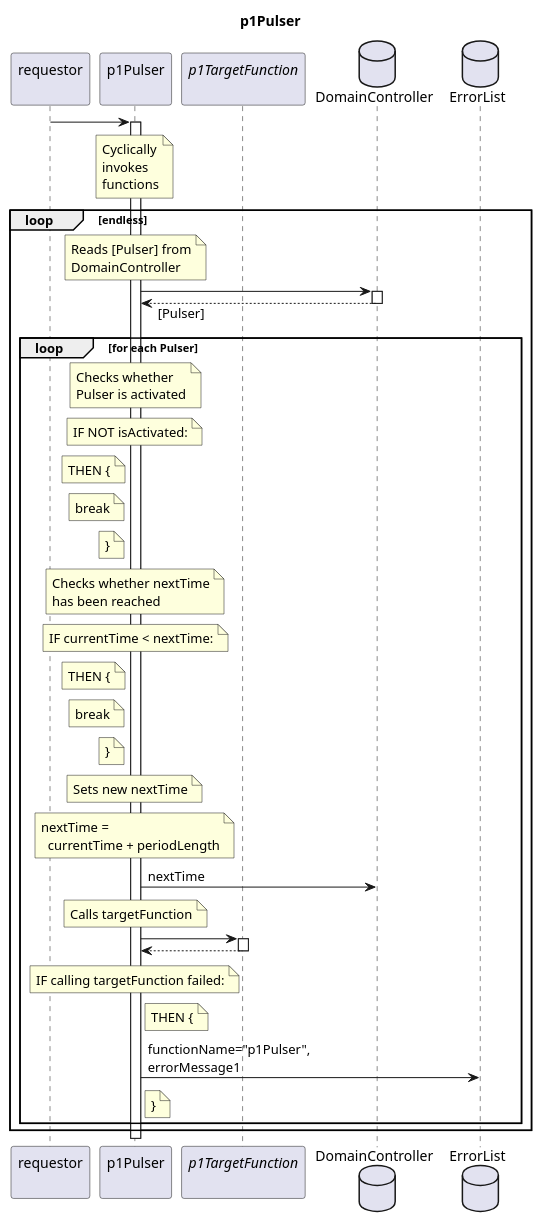
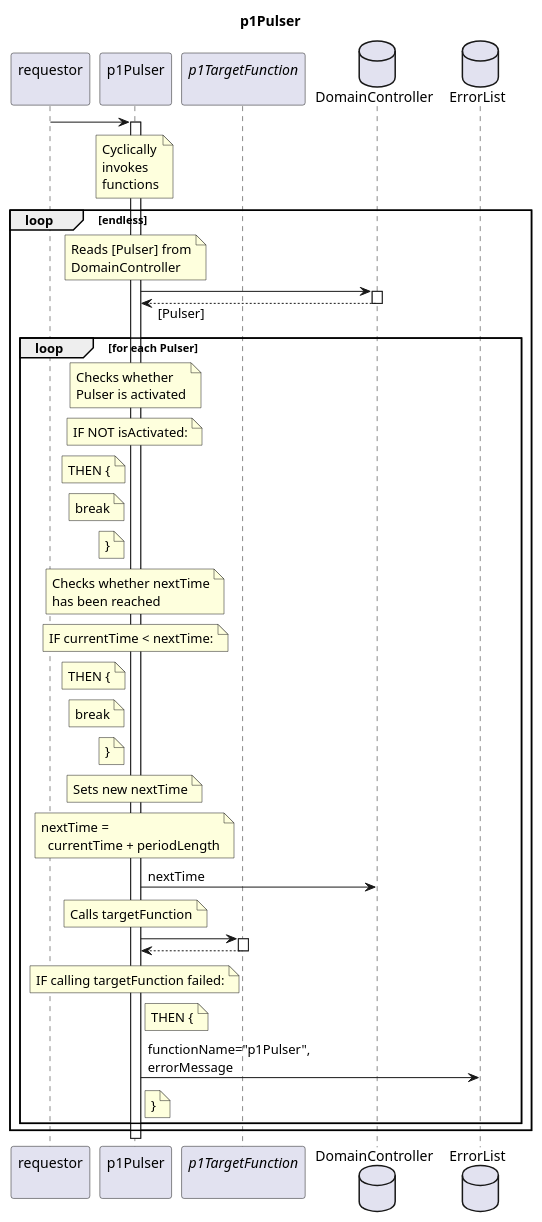
One commit to openBackhaul/FirmWareManager changed the diagram in spec/Functions/Administrative/p1Pulser/1.0.0/p1Pulser.plantuml. Above: the diagram before and after it, drawn with PlantUML. The commit also changed 18 other files, not shown here.

```diff
--- a/spec/Functions/Administrative/p1Pulser/1.0.0/p1Pulser.plantuml
+++ b/spec/Functions/Administrative/p1Pulser/1.0.0/p1Pulser.plantuml
@@ -1,98 +1,98 @@
 @startuml p1Pulser
 skinparam responseMessageBelowArrow true
 
 title
   p1Pulser
 end title
 
 participant "requestor\n" as requestor
 participant "p1Pulser\n" as p1Puls
 participant "<i>p1TargetFunction</i>\n" as p1Target
 database "DomainController" as DC
 database "ErrorList" as hEL
 
 requestor -> p1Puls
 activate p1Puls
   note over p1Puls
     Cyclically
     invokes
     functions
   end note
 
 loop endless
   note over p1Puls
     Reads [Pulser] from
     DomainController
   end note
   p1Puls -> DC
   activate DC
   p1Puls <-- DC: [Pulser]
   deactivate DC
   loop for each Pulser
 
     note over p1Puls
       Checks whether
       Pulser is activated
     end note
     note over p1Puls
       IF NOT isActivated:
     end note
     note left p1Puls
       THEN {
     end note
     note left p1Puls
       break
     end note
     note left p1Puls
       }
     end note
 
     note over p1Puls
       Checks whether nextTime
       has been reached
     end note
     note over p1Puls
       IF currentTime < nextTime:
     end note
     note left p1Puls
       THEN {
     end note
     note left p1Puls
       break
     end note
     note left p1Puls
       }
     end note
 
     note over p1Puls
       Sets new nextTime
     end note
     note over p1Puls
       nextTime =
         currentTime + periodLength
     end note
   p1Puls -> DC: nextTime
 
     note over p1Puls
       Calls targetFunction
     end note
     p1Puls -> p1Target
     activate p1Target
     p1Puls <-- p1Target
     deactivate p1Target
 
     note over p1Puls
       IF calling targetFunction failed:
     end note
     note right p1Puls
       THEN {
     end note
-    p1Puls -> hEL: functionName="p1Pulser",\nerrorMessage1
+    p1Puls -> hEL: functionName="p1Pulser",\nerrorMessage
     note right p1Puls
       }
     end note
   end loop
 
 end loop
 
 @enduml
```
